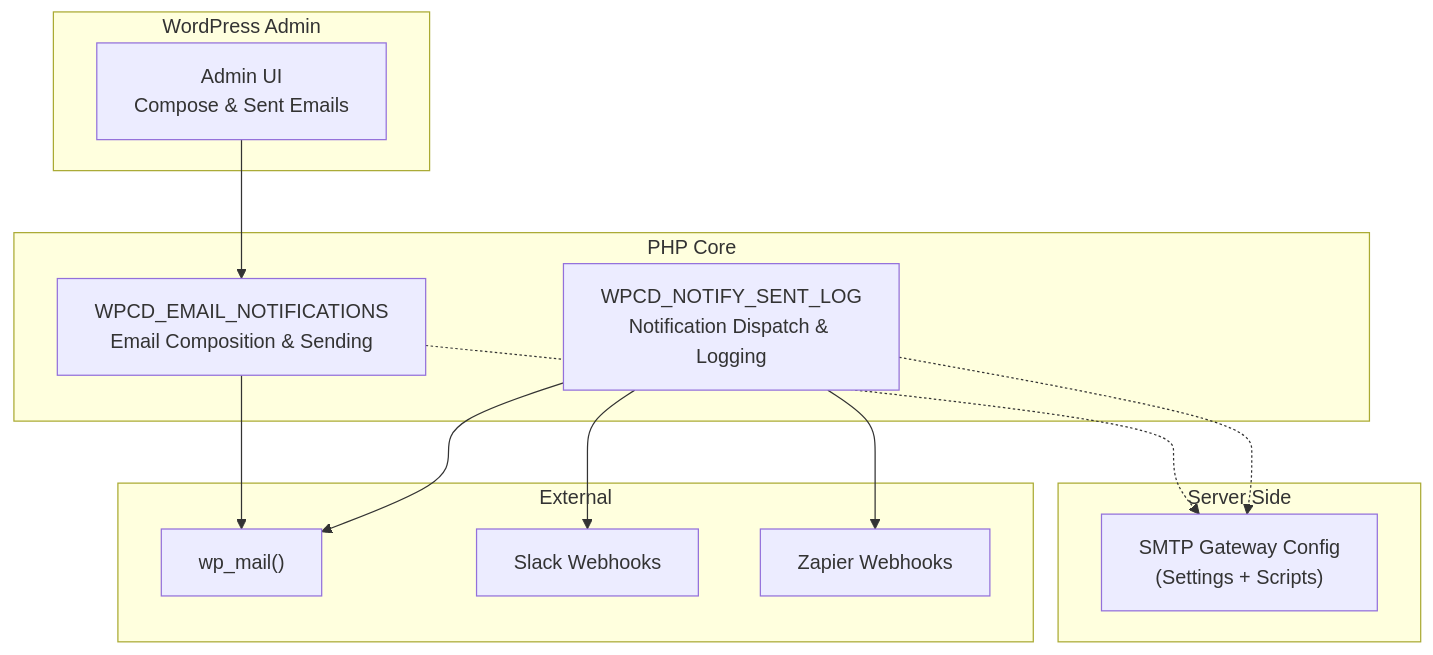
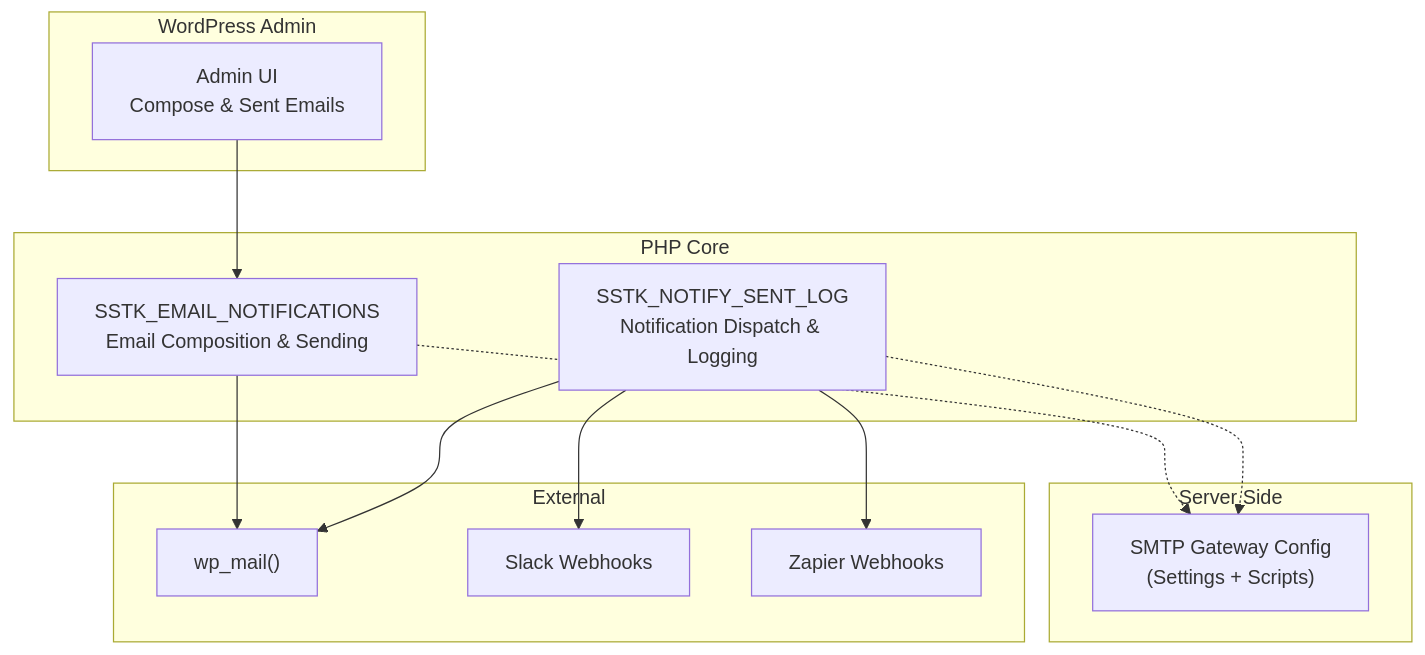
Before and after one commit to onedogsolutions/simple-stack: the first of 5 diagrams in .qoder/repowiki/en/content/Logging & Monitoring/Email Notification System.md, drawn with Mermaid. The commit also changed other lines of this file and 5941 other files, not shown here.

````diff
--- a/.qoder/repowiki/en/content/Logging & Monitoring/Email Notification System.md
+++ b/.qoder/repowiki/en/content/Logging & Monitoring/Email Notification System.md
@@ -34,25 +34,25 @@
 ```mermaid
 graph TB
 subgraph "WordPress Admin"
 UI["Admin UI<br/>Compose & Sent Emails"]
 end
 subgraph "PHP Core"
-EN["WPCD_EMAIL_NOTIFICATIONS<br/>Email Composition & Sending"]
-NSL["WPCD_NOTIFY_SENT_LOG<br/>Notification Dispatch & Logging"]
+EN["SSTK_EMAIL_NOTIFICATIONS<br/>Email Composition & Sending"]
+NSL["SSTK_NOTIFY_SENT_LOG<br/>Notification Dispatch & Logging"]
 end
 subgraph "Server Side"
 SMTP["SMTP Gateway Config<br/>(Settings + Scripts)"]
 end
 subgraph "External"
 WPMAIL["wp_mail()"]
 SLACK["Slack Webhooks"]
 ZAPIER["Zapier Webhooks"]
 end
 UI --> EN
 EN --> WPMAIL
 NSL --> WPMAIL
 NSL --> SLACK
 NSL --> ZAPIER
 EN -.-> SMTP
 NSL -.-> SMTP
 ```
````
